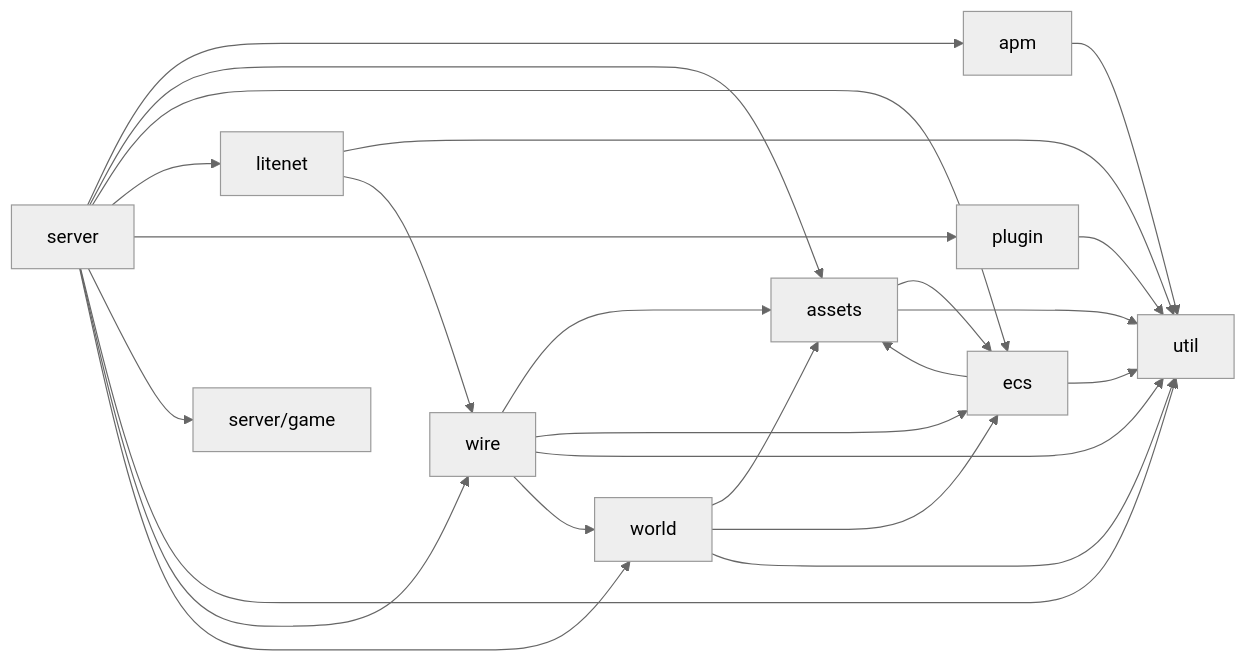
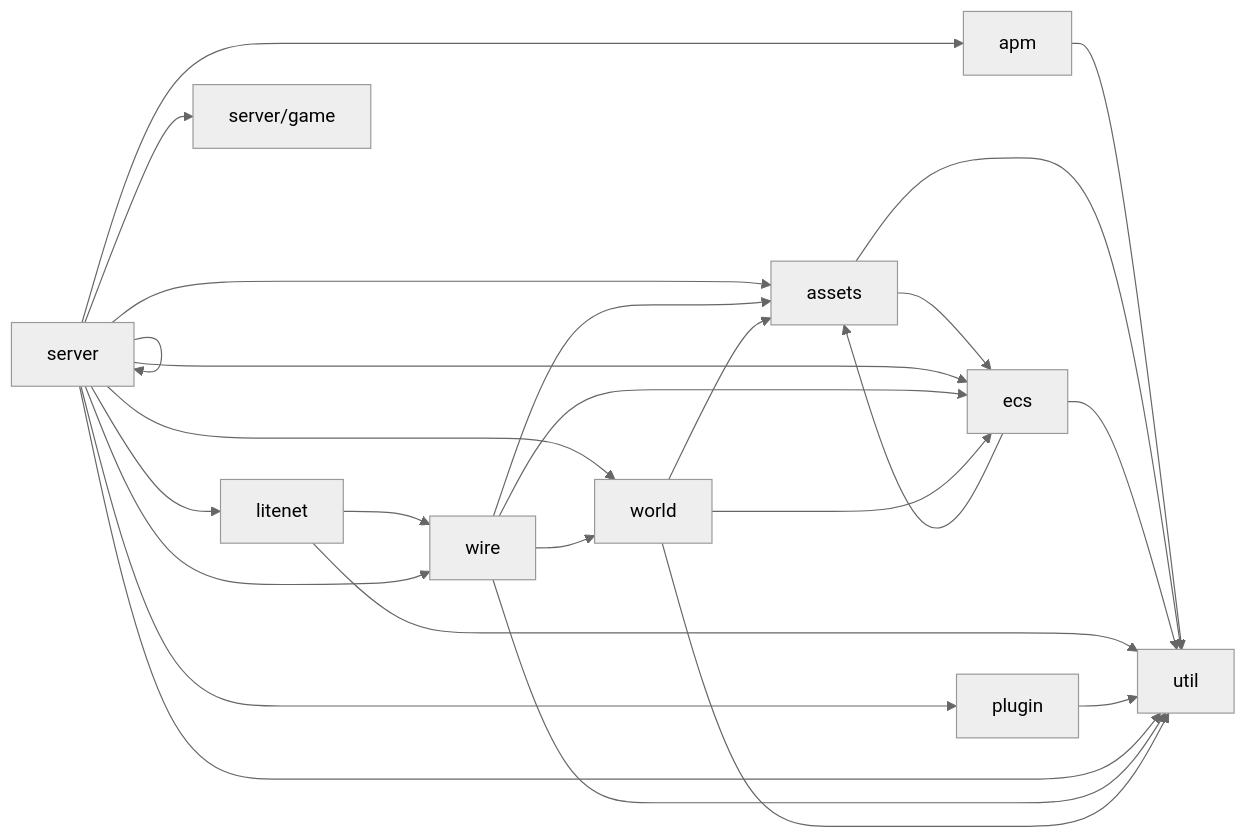
Before and after one commit to hordeforge/zdtd-server: the diagram in docs/catalogs/module-graph.md, drawn with Mermaid (neutral theme). The commit also changed other lines of this file and 78 other files, not shown here.

````diff
--- a/docs/catalogs/module-graph.md
+++ b/docs/catalogs/module-graph.md
@@ -58,27 +59,28 @@
 ```mermaid
 graph LR
   apm --> util
   assets --> ecs
   assets --> util
   ecs --> assets
   ecs --> util
   litenet --> util
   litenet --> wire
   plugin --> util
   server --> apm
   server --> assets
   server --> ecs
   server --> litenet
   server --> plugin
+  server --> server
   server --> server/game
   server --> util
   server --> wire
   server --> world
   wire --> assets
   wire --> ecs
   wire --> util
   wire --> world
   world --> assets
   world --> ecs
   world --> util
 ```
````
